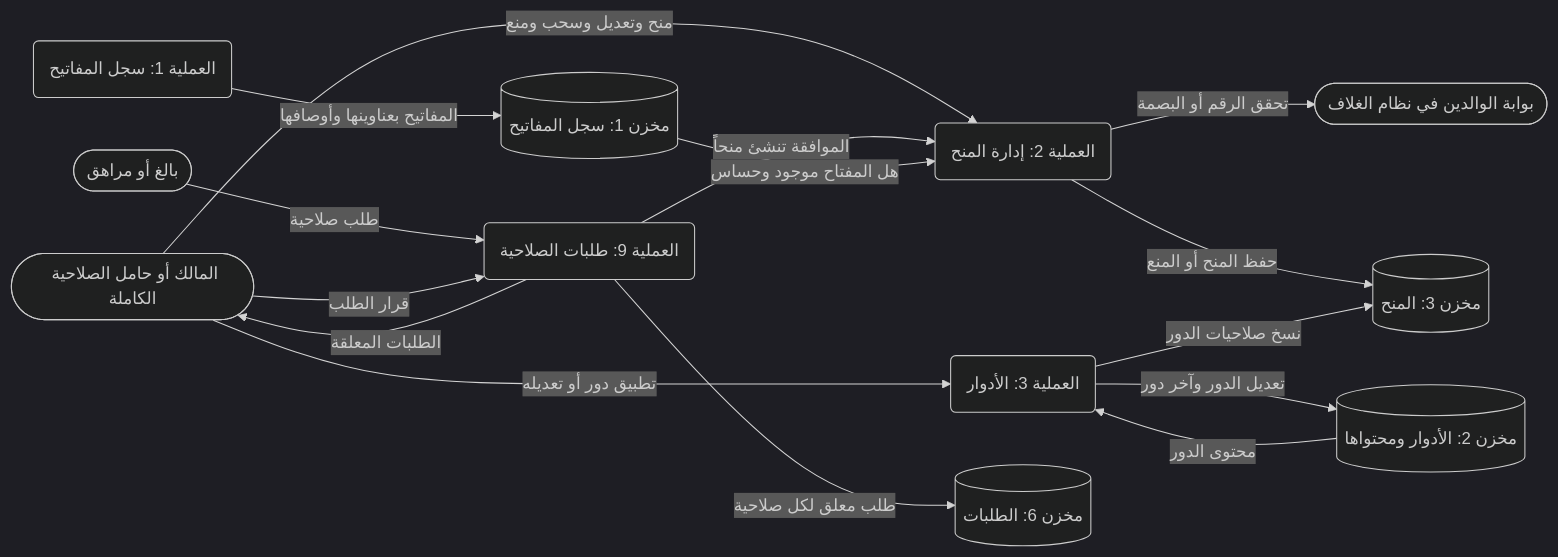
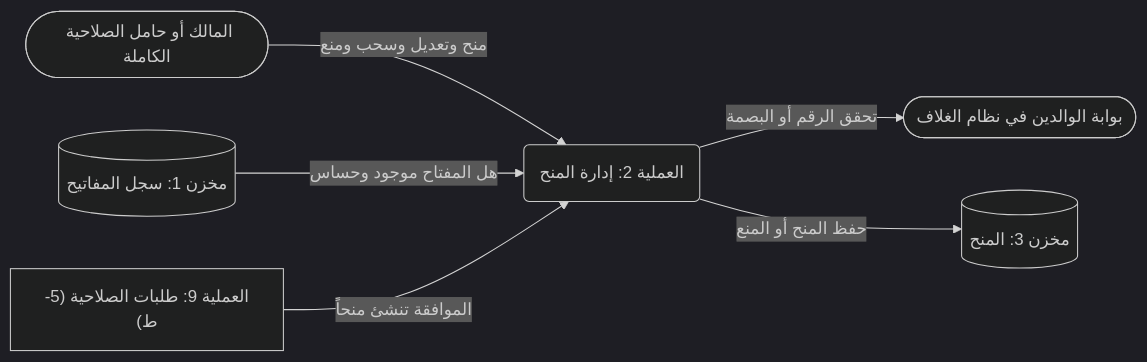
One commit to Bassam-mohammed-alqaeadi/family-os-v2 changed diagram 27 of 39 in docs/family-os/governance/phases/phase-1/S1-03-family-roles-and-permissions/DIAGRAMS.md. Above: the diagram before and after it, drawn with Mermaid (dark theme). The commit also changed other lines of this file, not shown here.

````diff
--- a/docs/family-os/governance/phases/phase-1/S1-03-family-roles-and-permissions/DIAGRAMS.md
+++ b/docs/family-os/governance/phases/phase-1/S1-03-family-roles-and-permissions/DIAGRAMS.md
@@ -926,29 +1038,15 @@
 ```mermaid
 flowchart LR
     Owner([المالك أو حامل الصلاحية الكاملة])
-    Member([بالغ أو مراهق])
     Gate([بوابة الوالدين في نظام الغلاف])
-    P1(العملية 1: سجل المفاتيح)
     P2(العملية 2: إدارة المنح)
-    P3(العملية 3: الأدوار)
-    P9(العملية 9: طلبات الصلاحية)
     D1[(مخزن 1: سجل المفاتيح)]
-    D2[(مخزن 2: الأدوار ومحتواها)]
     D3[(مخزن 3: المنح)]
-    D6[(مخزن 6: الطلبات)]
+    P9x["العملية 9: طلبات الصلاحية (5-ط)"]
 
     Owner -->|منح وتعديل وسحب ومنع| P2
-    Owner -->|تطبيق دور أو تعديله| P3
-    Member -->|طلب صلاحية| P9
-    P9 -->|طلب معلق لكل صلاحية| D6
-    P9 -->|الطلبات المعلقة| Owner
-    Owner -->|قرار الطلب| P9
-    P9 -->|الموافقة تنشئ منحاً| P2
-    P1 -->|المفاتيح بعناوينها وأوصافها| D1
     D1 -->|هل المفتاح موجود وحساس| P2
+    P9x -->|الموافقة تنشئ منحاً| P2
     P2 -->|تحقق الرقم أو البصمة| Gate
     P2 -->|حفظ المنح أو المنع| D3
-    D2 -->|محتوى الدور| P3
-    P3 -->|تعديل الدور وآخر دور| D2
-    P3 -->|نسخ صلاحيات الدور| D3
 ```
````
